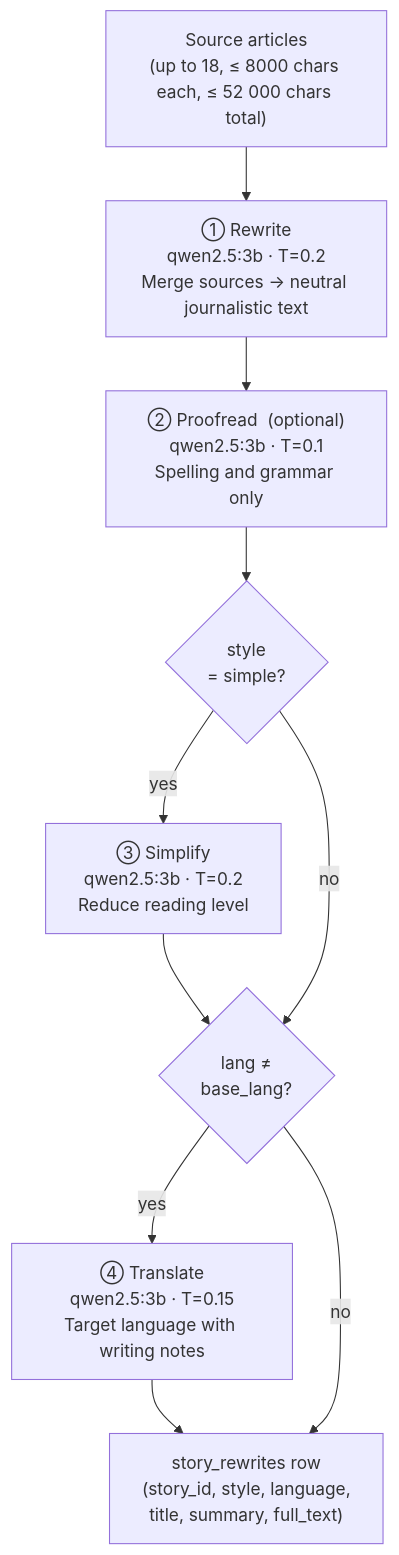
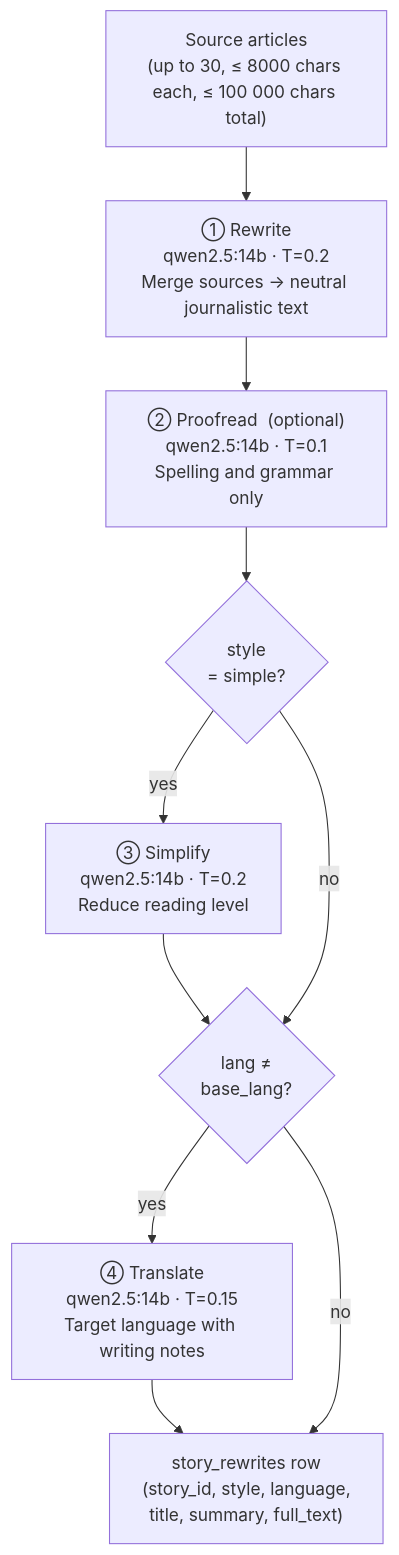
One commit to etorhub/dossier changed the third of 3 diagrams in docs/PIPELINE.md. Above: the diagram before and after it, drawn with Mermaid. The commit also changed other lines of this file and 24 other files, not shown here.

````diff
--- a/docs/PIPELINE.md
+++ b/docs/PIPELINE.md
@@ -255,17 +255,17 @@
 ```mermaid
 flowchart TD
-    SRC["Source articles\n(up to 18, ≤ 8000 chars each, ≤ 52 000 chars total)"]
-    R["① Rewrite\nqwen2.5:3b · T=0.2\nMerge sources → neutral journalistic text"]
-    P["② Proofread  (optional)\nqwen2.5:3b · T=0.1\nSpelling and grammar only"]
+    SRC["Source articles\n(up to 30, ≤ 8000 chars each, ≤ 100 000 chars total)"]
+    R["① Rewrite\nqwen2.5:14b · T=0.2\nMerge sources → neutral journalistic text"]
+    P["② Proofread  (optional)\nqwen2.5:14b · T=0.1\nSpelling and grammar only"]
     S{"style\n= simple?"}
-    SIM["③ Simplify\nqwen2.5:3b · T=0.2\nReduce reading level"]
+    SIM["③ Simplify\nqwen2.5:14b · T=0.2\nReduce reading level"]
     TR{"lang ≠\nbase_lang?"}
-    TRL["④ Translate\nqwen2.5:3b · T=0.15\nTarget language with writing notes"]
+    TRL["④ Translate\nqwen2.5:14b · T=0.15\nTarget language with writing notes"]
     OUT["story_rewrites row\n(story_id, style, language,\ntitle, summary, full_text)"]
 
     SRC --> R --> P --> S
     S -->|"yes"| SIM --> TR
     S -->|"no"| TR
     TR -->|"yes"| TRL --> OUT
     TR -->|"no"| OUT
 ```
````
